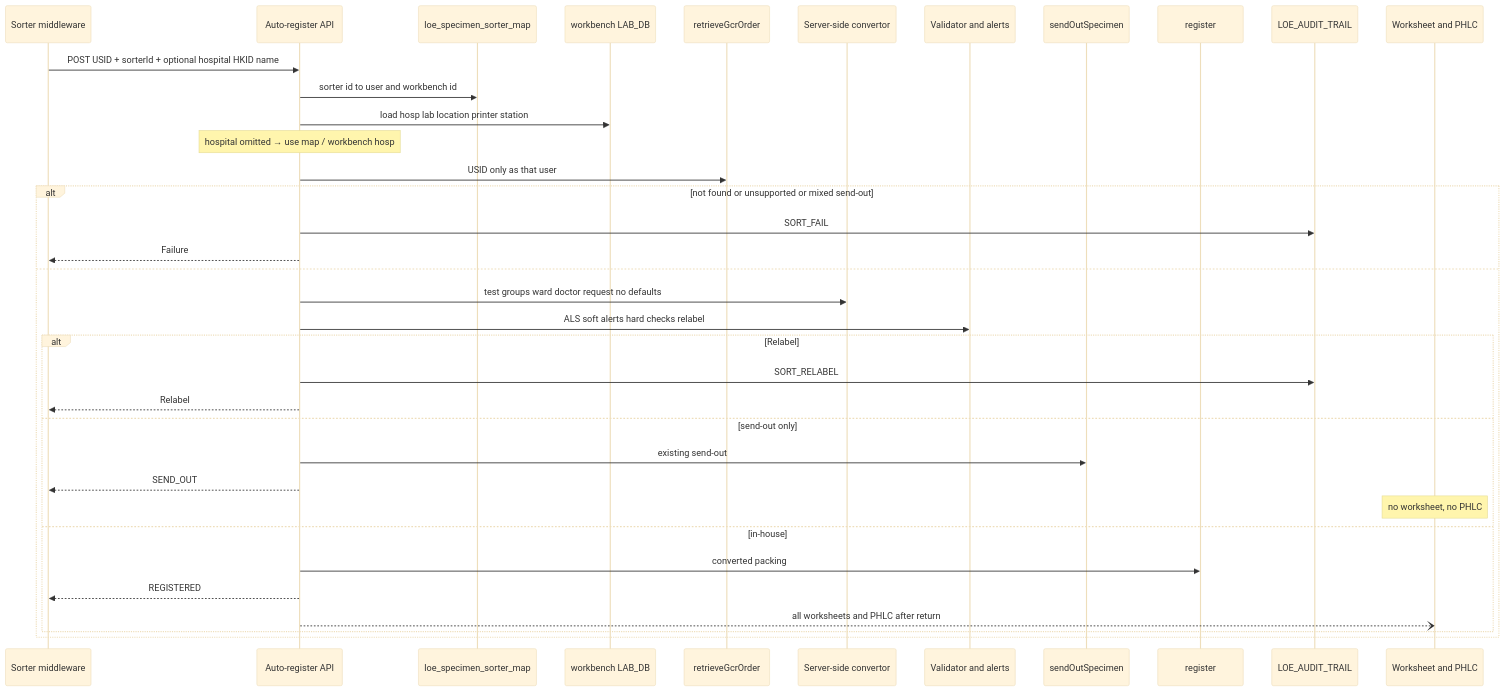
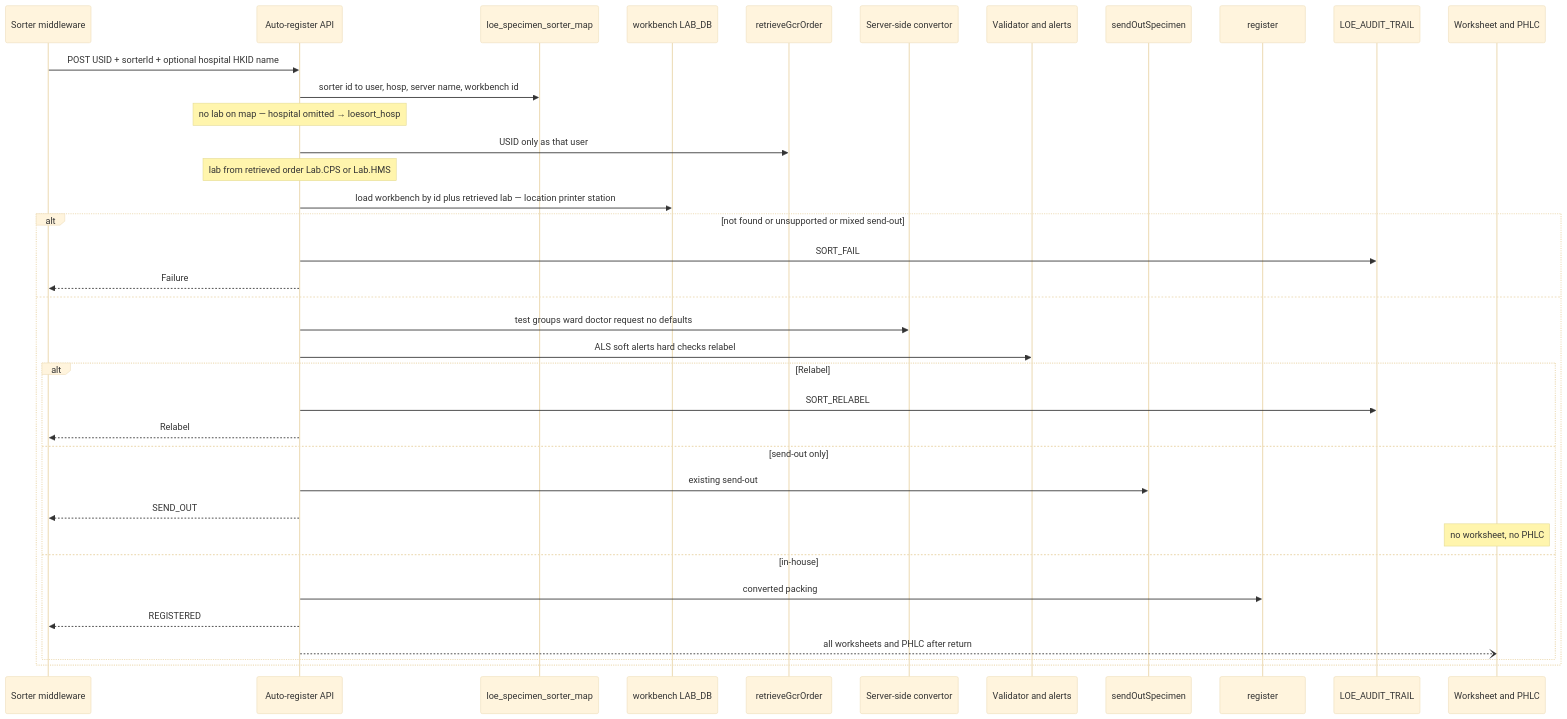
Before and after one commit to DragonChong/HA-Notes: the first of 2 diagrams in SDLC/Projects/TMP-specimen-sorter-api — Specimen Sorter API/02 System Design.md, drawn with Mermaid (base theme). The commit also changed other lines of this file and 1 other file, not shown here.

````diff
--- a/SDLC/Projects/TMP-specimen-sorter-api — Specimen Sorter API/02 System Design.md
+++ b/SDLC/Projects/TMP-specimen-sorter-api — Specimen Sorter API/02 System Design.md
@@ -67,39 +69,40 @@
 ```mermaid
 sequenceDiagram
     participant MW as Sorter middleware
     participant API as Auto-register API
     participant Map as loe_specimen_sorter_map
     participant WB as workbench LAB_DB
     participant Ret as retrieveGcrOrder
     participant Cvt as Server-side convertor
     participant Val as Validator and alerts
     participant SO as sendOutSpecimen
     participant Reg as register
     participant Aud as LOE_AUDIT_TRAIL
     participant Prn as Worksheet and PHLC
 
     MW->>API: POST USID + sorterId + optional hospital HKID name
-    API->>Map: sorter id to user and workbench id
-    API->>WB: load hosp lab location printer station
-    Note over API: hospital omitted → use map / workbench hosp
+    API->>Map: sorter id to user, hosp, server name, workbench id
+    Note over API: no lab on map — hospital omitted → loesort_hosp
     API->>Ret: USID only as that user
+    Note over API: lab from retrieved order Lab.CPS or Lab.HMS
+    API->>WB: load workbench by id plus retrieved lab — location printer station
     alt not found or unsupported or mixed send-out
         API->>Aud: SORT_FAIL
         API-->>MW: Failure
     else
         API->>Cvt: test groups ward doctor request no defaults
         API->>Val: ALS soft alerts hard checks relabel
         alt Relabel
             API->>Aud: SORT_RELABEL
             API-->>MW: Relabel
         else send-out only
             API->>SO: existing send-out
             API-->>MW: SEND_OUT
             Note over Prn: no worksheet, no PHLC
         else in-house
             API->>Reg: converted packing
             API-->>MW: REGISTERED
             API--)Prn: all worksheets and PHLC after return
         end
     end
 ```
````
